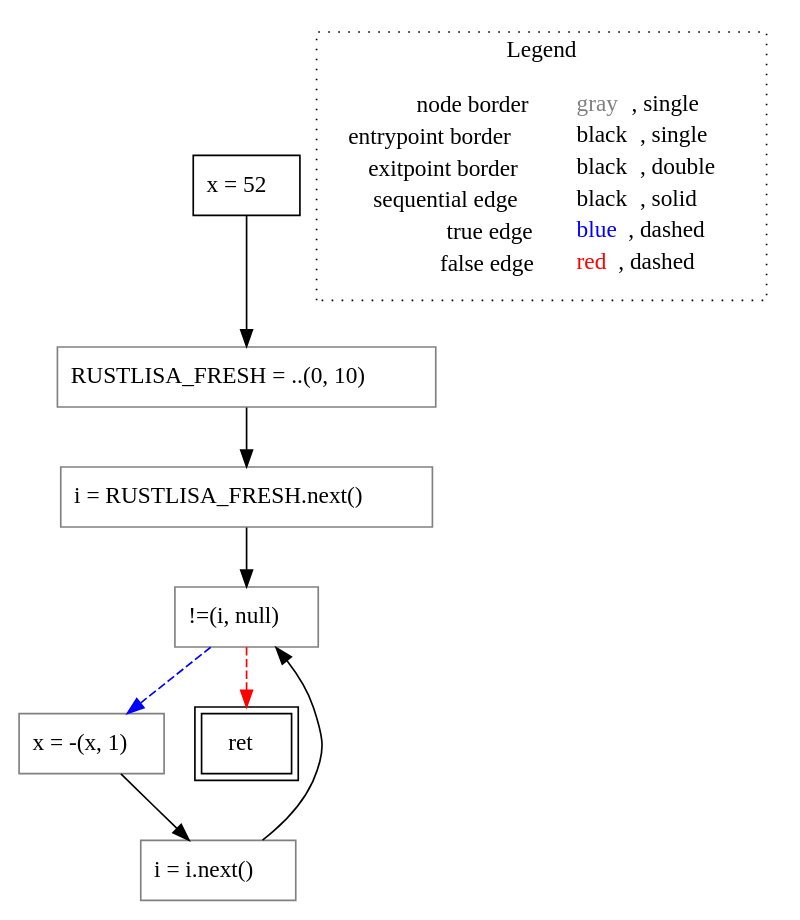
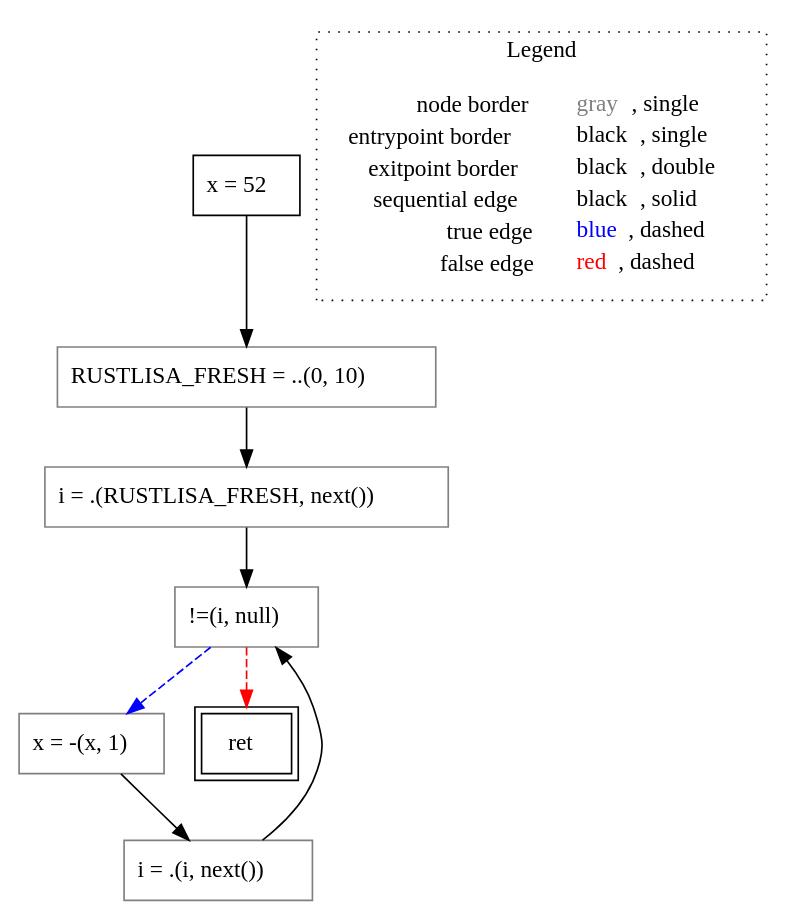
The diagram in rust-lisa/rust-testcases/cfg/for/untyped_rust-testcases_cfg_for_for.rs.main().dot (VincenzoArceri/rust-lisa), drawn with Graphviz before and after one commit. The commit also changed 4 other files, not shown here.

```diff
--- a/rust-lisa/rust-testcases/cfg/for/untyped_rust-testcases_cfg_for_for.rs.main().dot
+++ b/rust-lisa/rust-testcases/cfg/for/untyped_rust-testcases_cfg_for_for.rs.main().dot
@@ -1,23 +1,23 @@
 digraph {
 	"node0" [shape="rect",color="black",label=<x = 52>];
 	"node1" [shape="rect",color="gray",label=<!=(i, null)>];
-	"node2" [shape="rect",color="gray",label=<i = i.next()>];
-	"node3" [shape="rect",color="gray",label=<i = RUSTLISA_FRESH.next()>];
-	"node4" [shape="rect",color="gray",label=<x = -(x, 1)>];
-	"node5" [shape="rect",color="black",peripheries="2",label=<ret>];
-	"node6" [shape="rect",color="gray",label=<RUSTLISA_FRESH = ..(0, 10)>];
-	"node1" -> "node4" [color="blue",style="dashed"];
-	"node1" -> "node5" [color="red",style="dashed"];
-	"node2" -> "node1" [color="black"];
-	"node3" -> "node1" [color="black"];
-	"node4" -> "node2" [color="black"];
-	"node0" -> "node6" [color="black"];
-	"node6" -> "node3" [color="black"];
+	"node2" [shape="rect",color="gray",label=<x = -(x, 1)>];
+	"node3" [shape="rect",color="black",peripheries="2",label=<ret>];
+	"node4" [shape="rect",color="gray",label=<i = .(RUSTLISA_FRESH, next())>];
+	"node5" [shape="rect",color="gray",label=<RUSTLISA_FRESH = ..(0, 10)>];
+	"node6" [shape="rect",color="gray",label=<i = .(i, next())>];
+	"node1" -> "node3" [color="red",style="dashed"];
+	"node1" -> "node2" [color="blue",style="dashed"];
+	"node2" -> "node6" [color="black"];
+	"node4" -> "node1" [color="black"];
+	"node0" -> "node5" [color="black"];
+	"node5" -> "node4" [color="black"];
+	"node6" -> "node1" [color="black"];
 subgraph cluster_legend {
 	label="Legend";
 	style=dotted;
 	node [shape=plaintext];
 	"legend" [label=<<table border="0" cellpadding="2" cellspacing="0" cellborder="0"><tr><td align="right">node border&nbsp;</td><td align="left"><font color="gray">gray</font>, single</td></tr><tr><td align="right">entrypoint border&nbsp;</td><td align="left"><font color="black">black</font>, single</td></tr><tr><td align="right">exitpoint border&nbsp;</td><td align="left"><font color="black">black</font>, double</td></tr><tr><td align="right">sequential edge&nbsp;</td><td align="left"><font color="black">black</font>, solid</td></tr><tr><td align="right">true edge&nbsp;</td><td align="left"><font color="blue">blue</font>, dashed</td></tr><tr><td align="right">false edge&nbsp;</td><td align="left"><font color="red">red</font>, dashed</td></tr></table>>];
 }
 
 }
```
